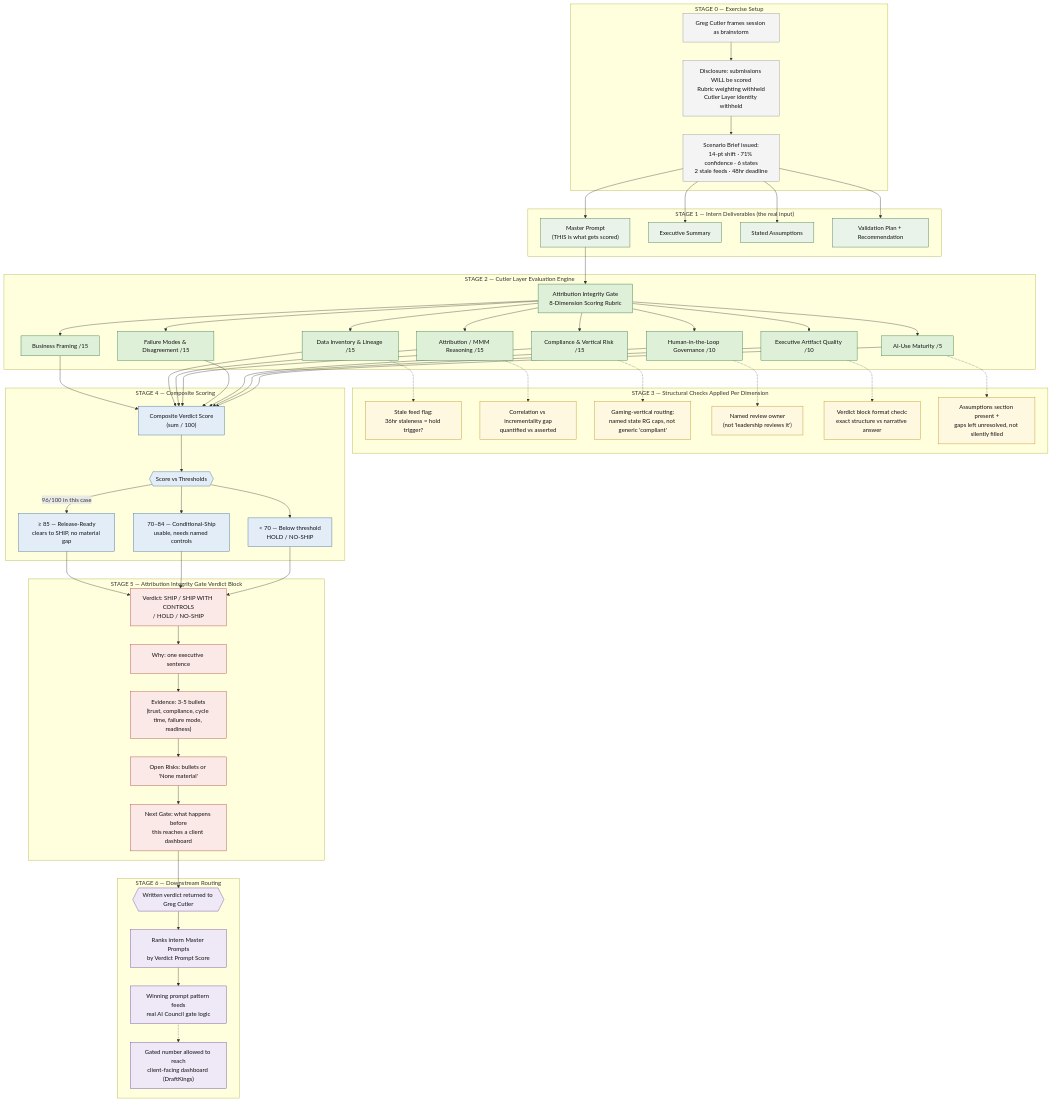
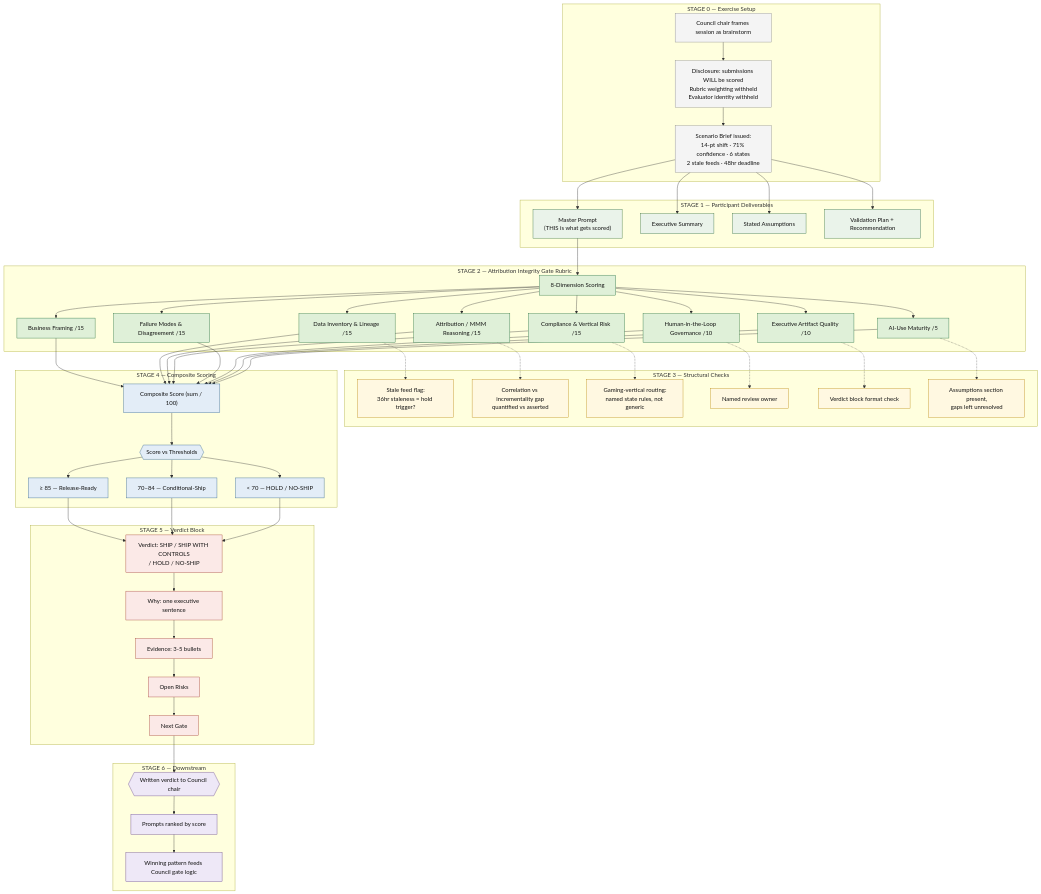
The diagram in README.md (emcdo411/attribution-integrity-gate), drawn with Mermaid before and after one commit. The commit also changed other lines of this file, not shown here.

First line of the commit message:
Revise README for Attribution Integrity Gate project

````diff
--- a/README.md
+++ b/README.md
@@ -64,13 +68,13 @@
 flowchart TD
 
     subgraph SETUP["STAGE 0 — Exercise Setup"]
-        A1["Greg Cutler frames session as brainstorm"]
-        A2["Disclosure: submissions WILL be scored<br/>Rubric weighting withheld<br/>Cutler Layer identity withheld"]
+        A1["Council chair frames session as brainstorm"]
+        A2["Disclosure: submissions WILL be scored<br/>Rubric weighting withheld<br/>Evaluator identity withheld"]
         A3["Scenario Brief issued:<br/>14-pt shift · 71% confidence · 6 states<br/>2 stale feeds · 48hr deadline"]
         A1 --> A2 --> A3
     end
 
-    subgraph INPUT["STAGE 1 — Intern Deliverables (the real input)"]
+    subgraph INPUT["STAGE 1 — Participant Deliverables"]
         B1["Master Prompt<br/>(THIS is what gets scored)"]
         B2["Executive Summary"]
         B3["Stated Assumptions"]
@@ -81,11 +85,10 @@
     A3 --> B2
     A3 --> B3
     A3 --> B4
-
     B1 --> C0
 
-    subgraph ENGINE["STAGE 2 — Cutler Layer Evaluation Engine"]
-        C0["Attribution Integrity Gate<br/>8-Dimension Scoring Rubric"]
+    subgraph ENGINE["STAGE 2 — Attribution Integrity Gate Rubric"]
+        C0["8-Dimension Scoring"]
         C1["Business Framing /15"]
         C2["Data Inventory &amp; Lineage /15"]
         C3["Attribution / MMM Reasoning /15"]
@@ -97,13 +100,13 @@
         C0 --> C1 & C2 & C3 & C4 & C5 & C6 & C7 & C8
     end
 
-    subgraph CHECKS["STAGE 3 — Structural Checks Applied Per Dimension"]
+    subgraph CHECKS["STAGE 3 — Structural Checks"]
         D1["Stale feed flag:<br/>36hr staleness = hold trigger?"]
         D2["Correlation vs incrementality gap<br/>quantified vs asserted"]
-        D3["Gaming-vertical routing:<br/>named state RG caps, not generic 'compliant'"]
-        D4["Named review owner<br/>(not 'leadership reviews it')"]
-        D5["Verdict block format check:<br/>exact structure vs narrative answer"]
-        D6["Assumptions section present +<br/>gaps left unresolved, not silently filled"]
+        D3["Gaming-vertical routing:<br/>named state rules, not generic"]
+        D4["Named review owner"]
+        D5["Verdict block format check"]
+        D6["Assumptions section present,<br/>gaps left unresolved"]
         C2 -.-> D1
         C3 -.-> D2
         C4 -.-> D3
@@ -115,13 +118,13 @@
     C1 & C2 & C3 & C4 & C5 & C6 & C7 & C8 --> E1
 
     subgraph SCORE["STAGE 4 — Composite Scoring"]
-        E1["Composite Verdict Score<br/>(sum / 100)"]
+        E1["Composite Score (sum / 100)"]
         E2{{"Score vs Thresholds"}}
-        T1["≥ 85 — Release-Ready<br/>clears to SHIP, no material gap"]
-        T2["70–84 — Conditional-Ship<br/>usable, needs named controls"]
-        T3["&lt; 70 — Below threshold<br/>HOLD / NO-SHIP"]
+        T1["≥ 85 — Release-Ready"]
+        T2["70–84 — Conditional-Ship"]
+        T3["&lt; 70 — HOLD / NO-SHIP"]
         E1 --> E2
-        E2 -->|"96/100 in this case"| T1
+        E2 --> T1
         E2 --> T2
         E2 --> T3
     end
@@ -130,23 +133,22 @@
     T2 --> F1
     T3 --> F1
 
-    subgraph VERDICT["STAGE 5 — Attribution Integrity Gate Verdict Block"]
+    subgraph VERDICT["STAGE 5 — Verdict Block"]
         F1["Verdict: SHIP / SHIP WITH CONTROLS<br/>/ HOLD / NO-SHIP"]
         F2["Why: one executive sentence"]
-        F3["Evidence: 3-5 bullets<br/>(trust, compliance, cycle time, failure mode, readiness)"]
-        F4["Open Risks: bullets or 'None material'"]
-        F5["Next Gate: what happens before<br/>this reaches a client dashboard"]
+        F3["Evidence: 3-5 bullets"]
+        F4["Open Risks"]
+        F5["Next Gate"]
         F1 --> F2 --> F3 --> F4 --> F5
     end
 
     F5 --> G1
 
-    subgraph DOWNSTREAM["STAGE 6 — Downstream Routing"]
-        G1{{"Written verdict returned to Greg Cutler"}}
-        G2["Ranks intern Master Prompts<br/>by Verdict Prompt Score"]
-        G3["Winning prompt pattern feeds<br/>real AI Council gate logic"]
-        G4["Gated number allowed to reach<br/>client-facing dashboard (DraftKings)"]
-        G1 --> G2 --> G3 -.-> G4
+    subgraph DOWNSTREAM["STAGE 6 — Downstream"]
+        G1{{"Written verdict to Council chair"}}
+        G2["Prompts ranked by score"]
+        G3["Winning pattern feeds Council gate logic"]
+        G1 --> G2 --> G3
     end
 
     classDef stage0 fill:#f4f4f4,stroke:#888,color:#111
@@ -163,5 +165,5 @@
     class D1,D2,D3,D4,D5,D6 checks
     class E1,E2,T1,T2,T3 score
     class F1,F2,F3,F4,F5 verdict
-    class G1,G2,G3,G4 down
+    class G1,G2,G3 down
 ```
````
